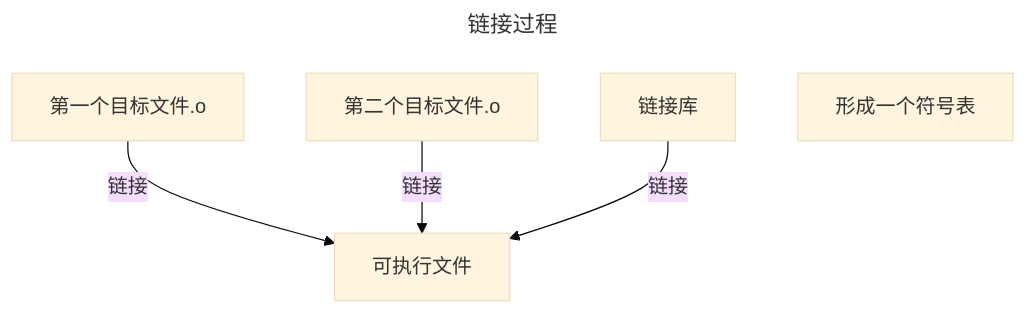
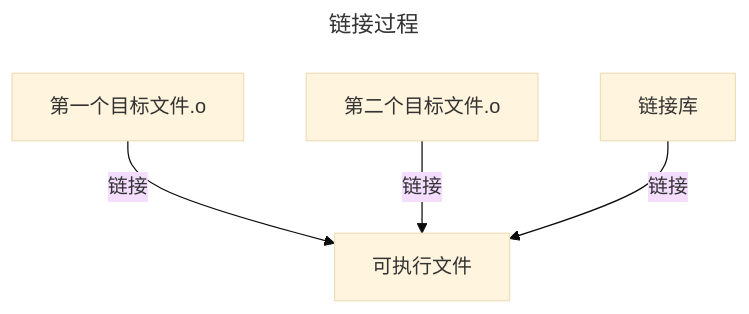
One commit to hulu798/C-Notes changed the first of 2 diagrams in Compile/编译和链接.md. Above: the diagram before and after it, drawn with Mermaid (base theme). The commit also changed other lines of this file and 7 other files, not shown here.

````diff
--- a/Compile/编译和链接.md
+++ b/Compile/编译和链接.md
@@ -65,10 +65,9 @@
 ```mermaid
 ---
 title: 链接过程
 ---
 graph TD
 	第一个目标文件.o-->|链接|可执行文件
 	第二个目标文件.o-->|链接|可执行文件
 	链接库-->|链接|可执行文件
-	形成一个符号表
 ```
````
